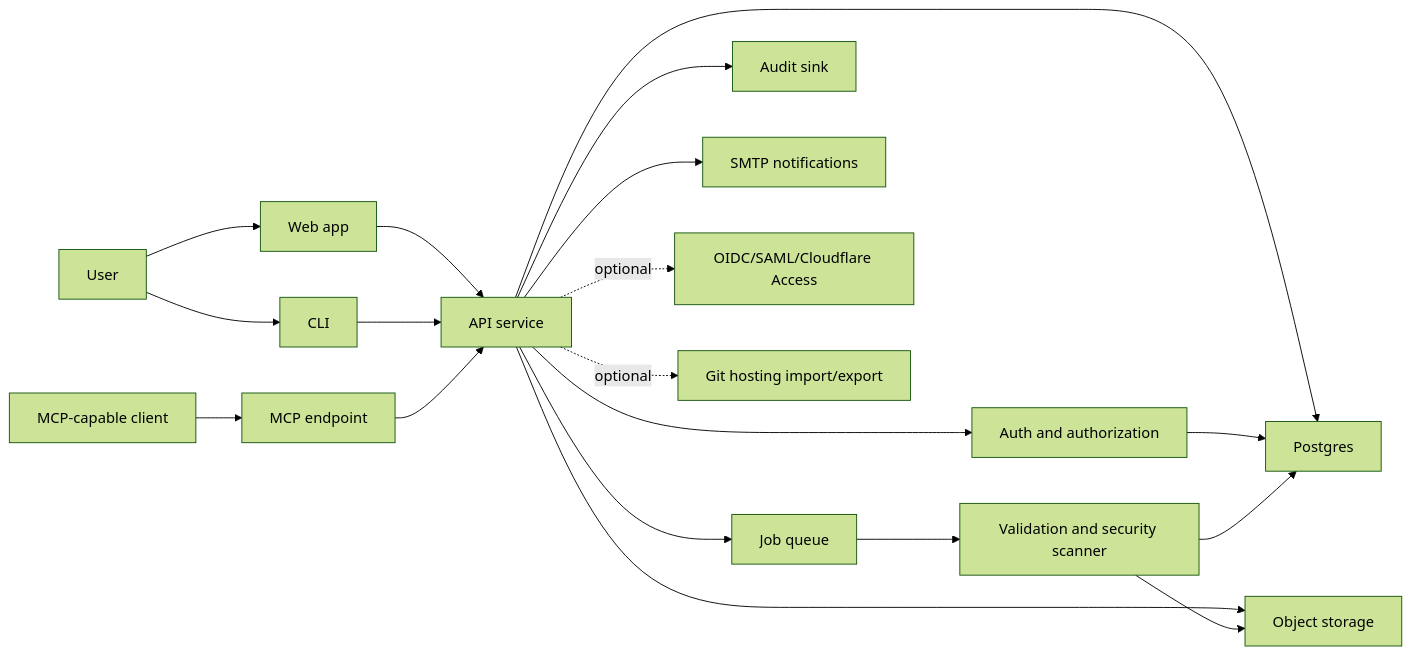
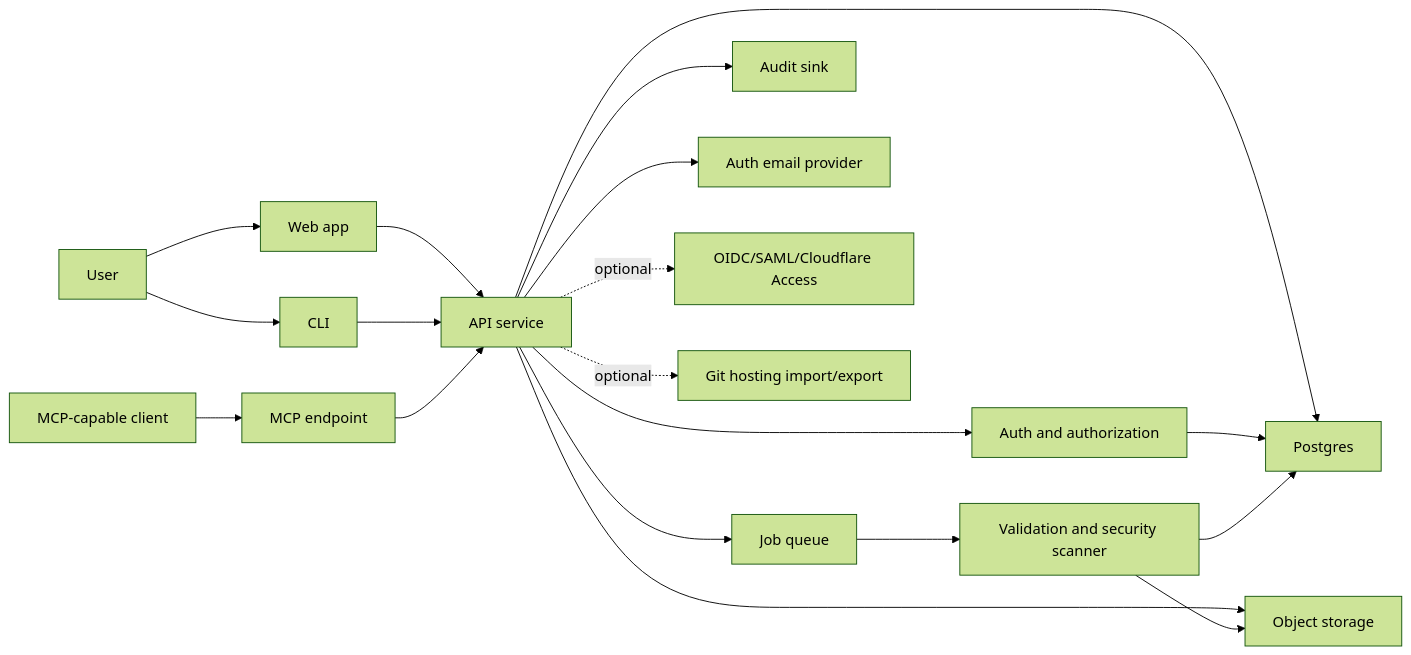
Before and after one commit to jremick/myskills: the first of 2 diagrams in docs/ARCHITECTURE.md, drawn with Mermaid (forest theme). The commit also changed other lines of this file and 14 other files, not shown here.

Commit message:
Add Resend auth email delivery

````diff
--- a/docs/ARCHITECTURE.md
+++ b/docs/ARCHITECTURE.md
@@ -14,25 +14,25 @@
 ```mermaid
 flowchart LR
   User["User"] --> Web["Web app"]
   User --> CLI["CLI"]
   Agent["MCP-capable client"] --> MCP["MCP endpoint"]
 
   Web --> API["API service"]
   CLI --> API
   MCP --> API
 
   API --> Auth["Auth and authorization"]
   API --> DB["Postgres"]
   API --> Objects["Object storage"]
   API --> Queue["Job queue"]
   API --> Audit["Audit sink"]
-  API --> Email["SMTP notifications"]
+  API --> Email["Auth email provider"]
 
   Auth --> DB
   Queue --> Scanner["Validation and security scanner"]
   Scanner --> DB
   Scanner --> Objects
 
   API -. optional .-> Providers["OIDC/SAML/Cloudflare Access"]
   API -. optional .-> Git["Git hosting import/export"]
 ```
````
